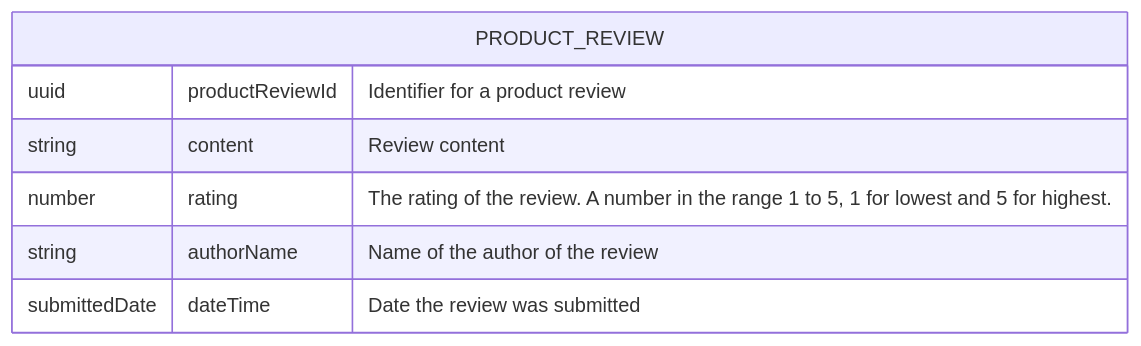
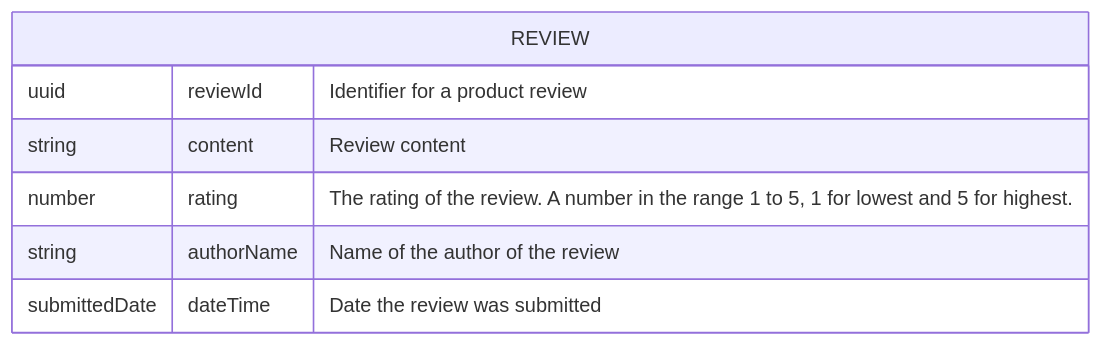
The third of 5 diagrams in discovery.md (ikenna/AcmePetSupplies), drawn with Mermaid before and after one commit. The commit also changed other lines of this file, not shown here.

````diff
--- a/discovery.md
+++ b/discovery.md
@@ -76,10 +76,10 @@
 ```mermaid
 erDiagram  
-  PRODUCT_REVIEW {
-    uuid productReviewId "Identifier for a product review"
+  REVIEW {
+    uuid reviewId "Identifier for a product review"
     string content "Review content"
     number rating "The rating of the review. A number in the range 1 to 5, 1 for lowest and 5 for highest."
     string authorName "Name of the author of the review"
     submittedDate dateTime "Date the review was submitted"
   }
 ```
````
